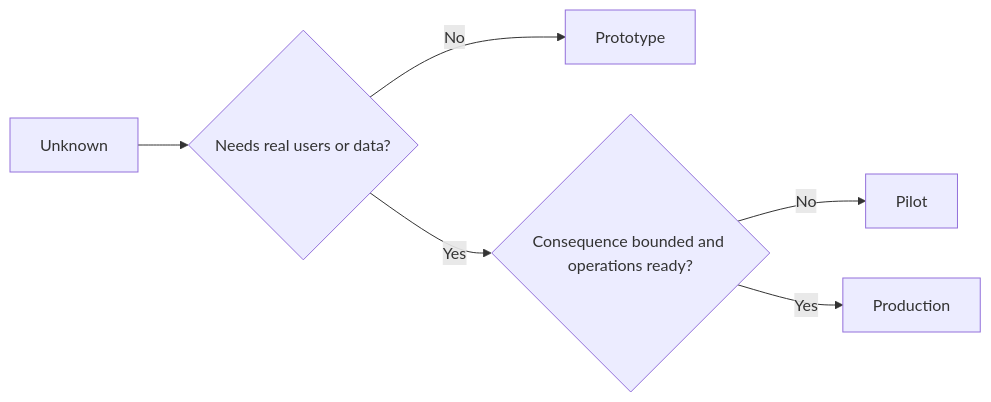
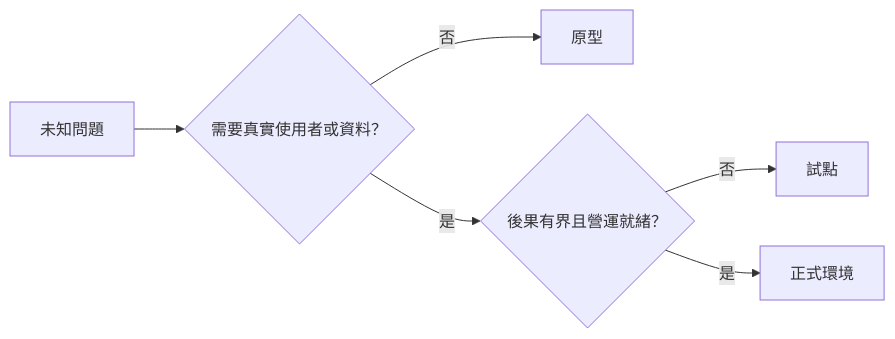
The diagram in i18n/zh-TW/phases/14-agent-engineering/53-prototype-pilot-or-production/docs/zh-TW.md (edward821220/ai-engineering-from-scratch), drawn with Mermaid before and after one commit. The commit also changed other lines of this file and 43 other files, not shown here.

````diff
--- a/i18n/zh-TW/phases/14-agent-engineering/53-prototype-pilot-or-production/docs/zh-TW.md
+++ b/i18n/zh-TW/phases/14-agent-engineering/53-prototype-pilot-or-production/docs/zh-TW.md
@@ -64,8 +64,8 @@
 ```mermaid
 flowchart LR
-  U[Unknown] --> R{Needs real users or data?}
-  R -->|No| P[Prototype]
-  R -->|Yes| C{Consequence bounded and operations ready?}
-  C -->|No| L[Pilot]
-  C -->|Yes| D[Production]
+  U[未知問題] --> R{需要真實使用者或資料？}
+  R -->|否| P[原型]
+  R -->|是| C{後果有界且營運就緒？}
+  C -->|否| L[試點]
+  C -->|是| D[正式環境]
 ```
````
